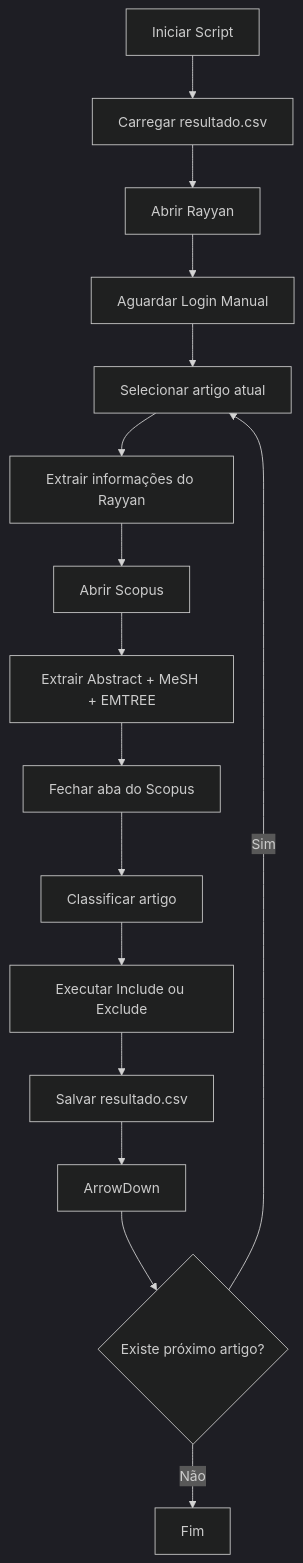
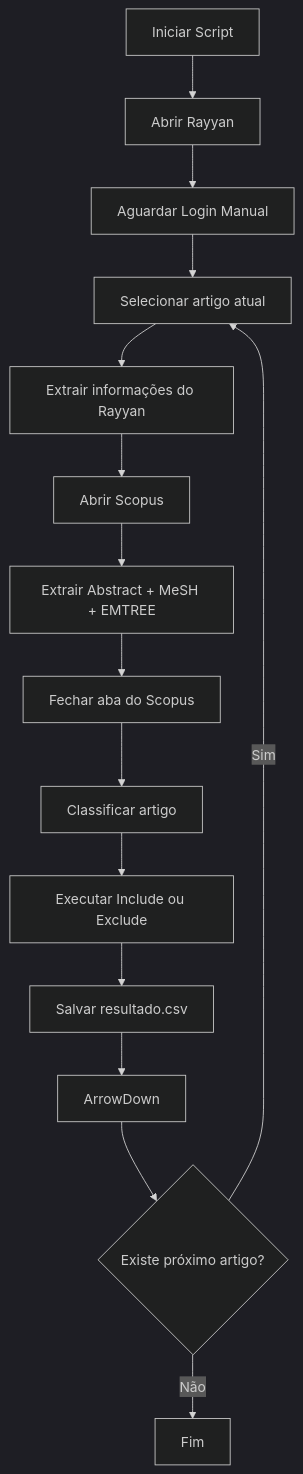
One commit to oandrecarvalho/rayyan-bott changed the diagram in README.md. Above: the diagram before and after it, drawn with Mermaid (dark theme).

Commit message:
README.md

````diff
--- a/README.md
+++ b/README.md
@@ -105,34 +105,32 @@
 ```mermaid
 flowchart TD
 
 A[Iniciar Script]
-B[Carregar resultado.csv]
 C[Abrir Rayyan]
 D[Aguardar Login Manual]
 E[Selecionar artigo atual]
 F[Extrair informações do Rayyan]
 G[Abrir Scopus]
 H[Extrair Abstract + MeSH + EMTREE]
 I[Fechar aba do Scopus]
 J[Classificar artigo]
 K[Executar Include ou Exclude]
 L[Salvar resultado.csv]
 M[ArrowDown]
 N{Existe próximo artigo?}
 
-A --> B
-B --> C
+A --> C
 C --> D
 D --> E
 E --> F
 F --> G
 G --> H
 H --> I
 I --> J
 J --> K
 K --> L
 L --> M
 M --> N
 N -- Sim --> E
 N -- Não --> O[Fim]
 ```
````
